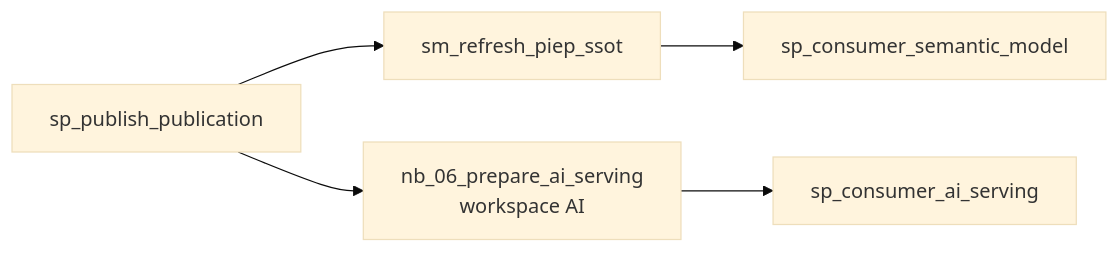
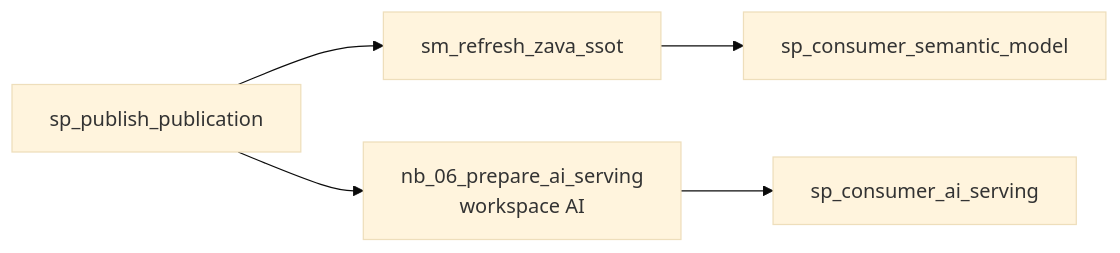
One commit to edhotp/Microsoft-Fabric-with-PPDM-Demo changed the second of 2 diagrams in demo tutorial/assets/fabric/pipelines/pipeline-activity-sheet.md. Above: the diagram before and after it, drawn with Mermaid (base theme). The commit also changed other lines of this file and 67 other files, not shown here.

First line of the commit message:
Rebrand demo from PIEP to Zava Energy

````diff
--- a/demo tutorial/assets/fabric/pipelines/pipeline-activity-sheet.md
+++ b/demo tutorial/assets/fabric/pipelines/pipeline-activity-sheet.md
@@ -91,7 +91,7 @@
 ```mermaid
 flowchart LR
-    A[sp_publish_publication] --> B[sm_refresh_piep_ssot]
+    A[sp_publish_publication] --> B[sm_refresh_zava_ssot]
     B --> C[sp_consumer_semantic_model]
     A --> D[nb_06_prepare_ai_serving<br/>workspace AI]
     D --> E[sp_consumer_ai_serving]
 ```
````
